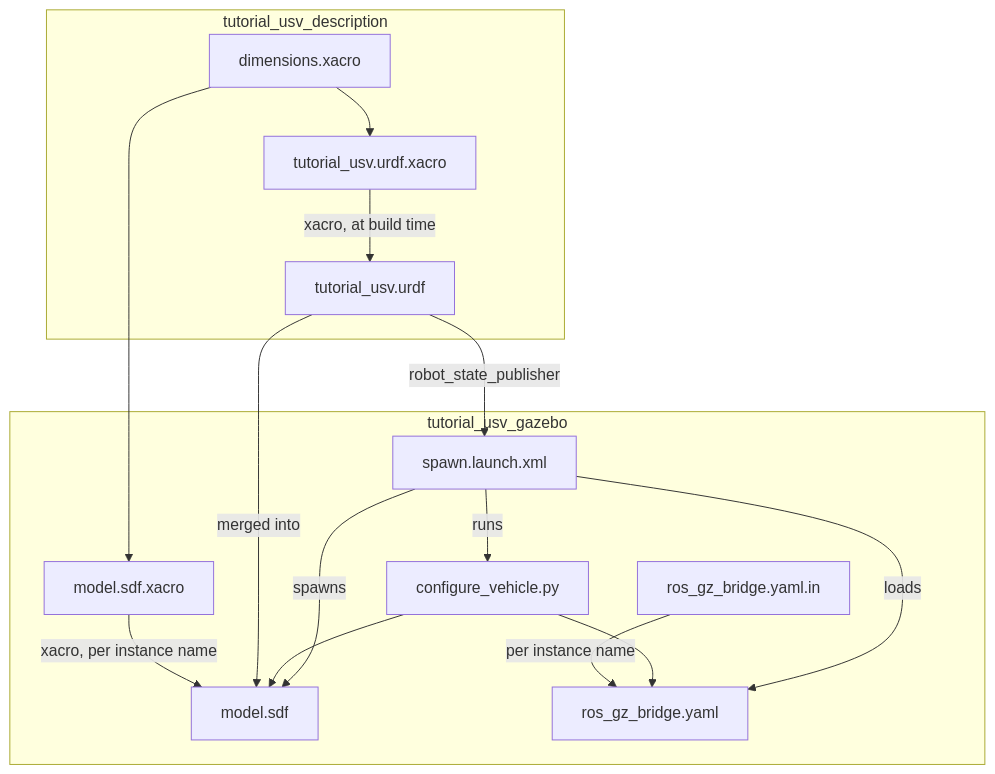
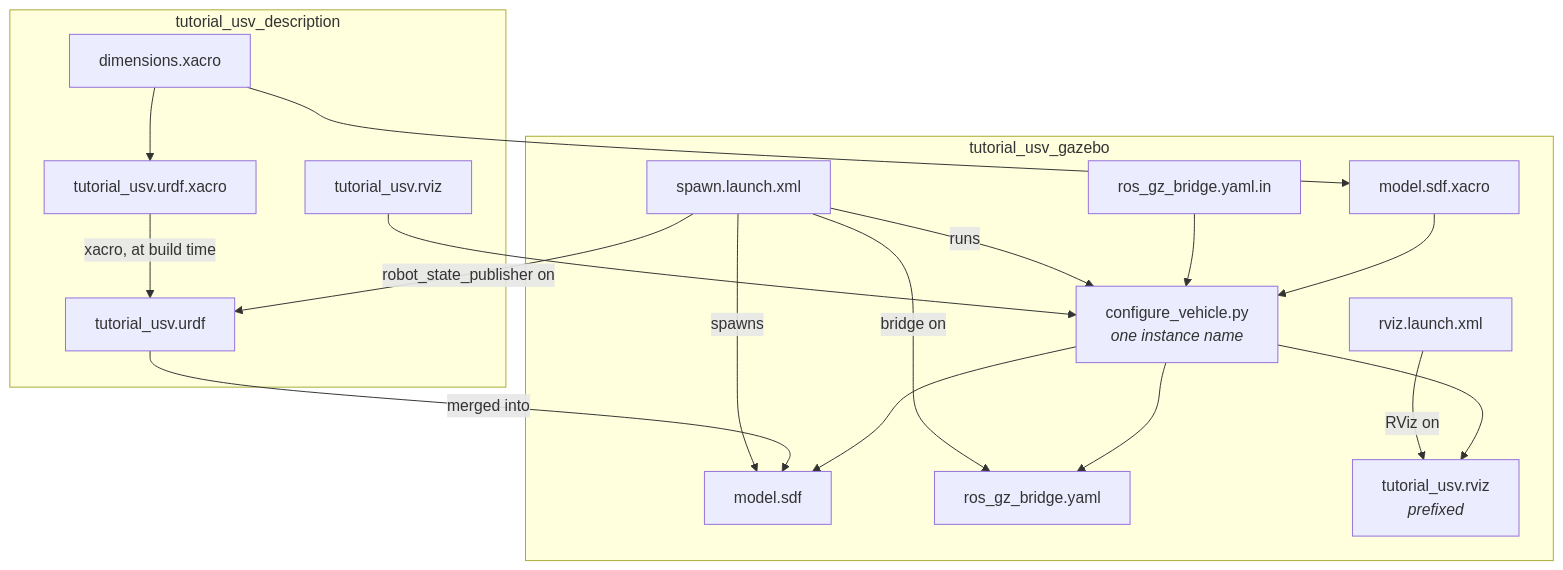
Before and after one commit to HonuRobotics/gz-maritime: the diagram in docs/vehicles/tutorial-usv.md, drawn with Mermaid. The commit also changed other lines of this file and 6 other files, not shown here.

````diff
--- a/docs/vehicles/tutorial-usv.md
+++ b/docs/vehicles/tutorial-usv.md
@@ -117,22 +128,27 @@
 ```{mermaid}
 flowchart TB
   subgraph desc["tutorial_usv_description"]
     D["dimensions.xacro"]
     X["tutorial_usv.urdf.xacro"] -->|xacro, at build time| U["tutorial_usv.urdf"]
     D --> X
+    R["tutorial_usv.rviz"]
   end
   subgraph gz["tutorial_usv_gazebo"]
-    W["model.sdf.xacro"] -->|xacro, per instance name| M["model.sdf"]
-    T["ros_gz_bridge.yaml.in"] -->|per instance name| Y["ros_gz_bridge.yaml"]
-    C["configure_vehicle.py"]
+    C["configure_vehicle.py<br/><i>one instance name</i>"]
+    W["model.sdf.xacro"] --> C
+    T["ros_gz_bridge.yaml.in"] --> C
+    C --> M["model.sdf"]
+    C --> Y["ros_gz_bridge.yaml"]
+    C --> V["tutorial_usv.rviz<br/><i>prefixed</i>"]
     L["spawn.launch.xml"]
+    Z["rviz.launch.xml"]
   end
   D --> W
   U -->|merged into| M
-  U -->|robot_state_publisher| L
+  R --> C
   L -->|runs| C
-  C --> M
-  C --> Y
   L -->|spawns| M
-  L -->|loads| Y
+  L -->|bridge on| Y
+  L -->|robot_state_publisher on| U
+  Z -->|RViz on| V
 ```
````
